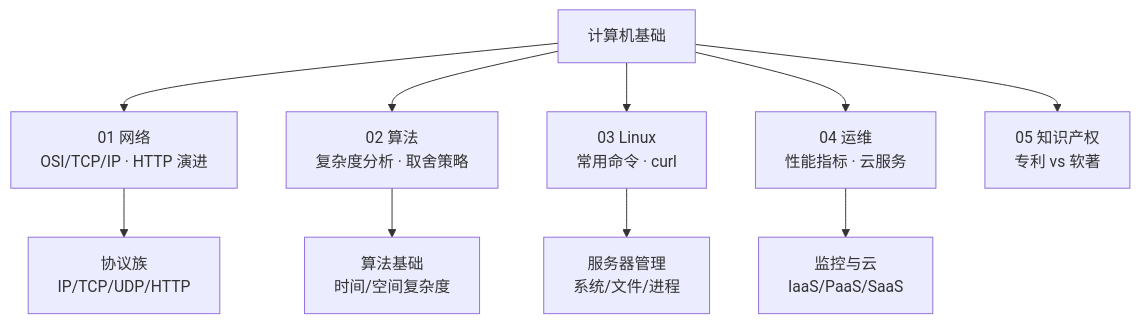
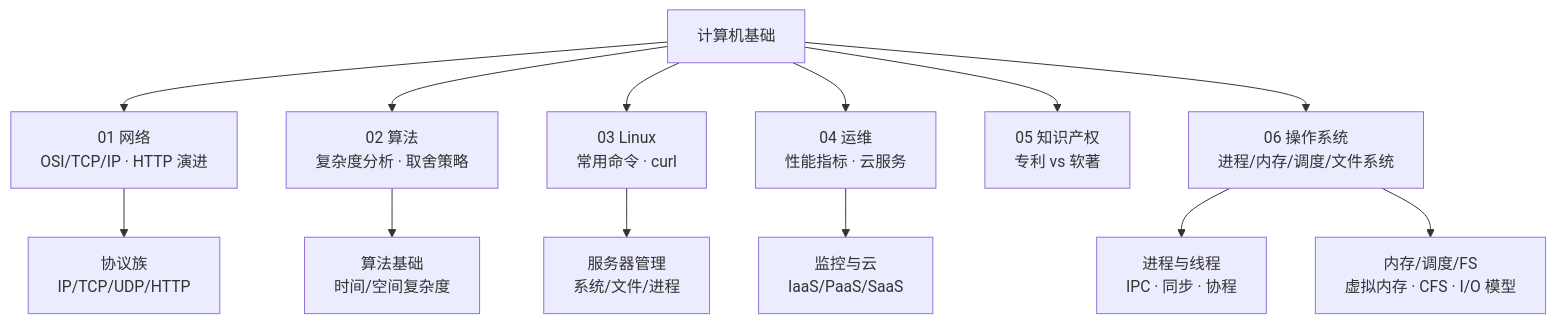
One commit to wb04307201/wb04307201 changed the diagram in note/02.computer-basics/README.md. Above: the diagram before and after it, drawn with Mermaid. The commit also changed other lines of this file and 5 other files, not shown here.

````diff
--- a/note/02.computer-basics/README.md
+++ b/note/02.computer-basics/README.md
@@ -49,14 +50,17 @@
 ```mermaid
 graph TB
     Base["计算机基础"]
     Base --> Net["01 网络<br/>OSI/TCP/IP · HTTP 演进"]
     Base --> Algo["02 算法<br/>复杂度分析 · 取舍策略"]
     Base --> Linux["03 Linux<br/>常用命令 · curl"]
     Base --> Ops["04 运维<br/>性能指标 · 云服务"]
     Base --> IPR["05 知识产权<br/>专利 vs 软著"]
+    Base --> OSys["06 操作系统<br/>进程/内存/调度/文件系统"]
 
     Net --> P["协议族<br/>IP/TCP/UDP/HTTP"]
     Algo --> A["算法基础<br/>时间/空间复杂度"]
     Linux --> L["服务器管理<br/>系统/文件/进程"]
     Ops --> O["监控与云<br/>IaaS/PaaS/SaaS"]
+    OSys --> OS1["进程与线程<br/>IPC · 同步 · 协程"]
+    OSys --> OS2["内存/调度/FS<br/>虚拟内存 · CFS · I/O 模型"]
 ```
````
